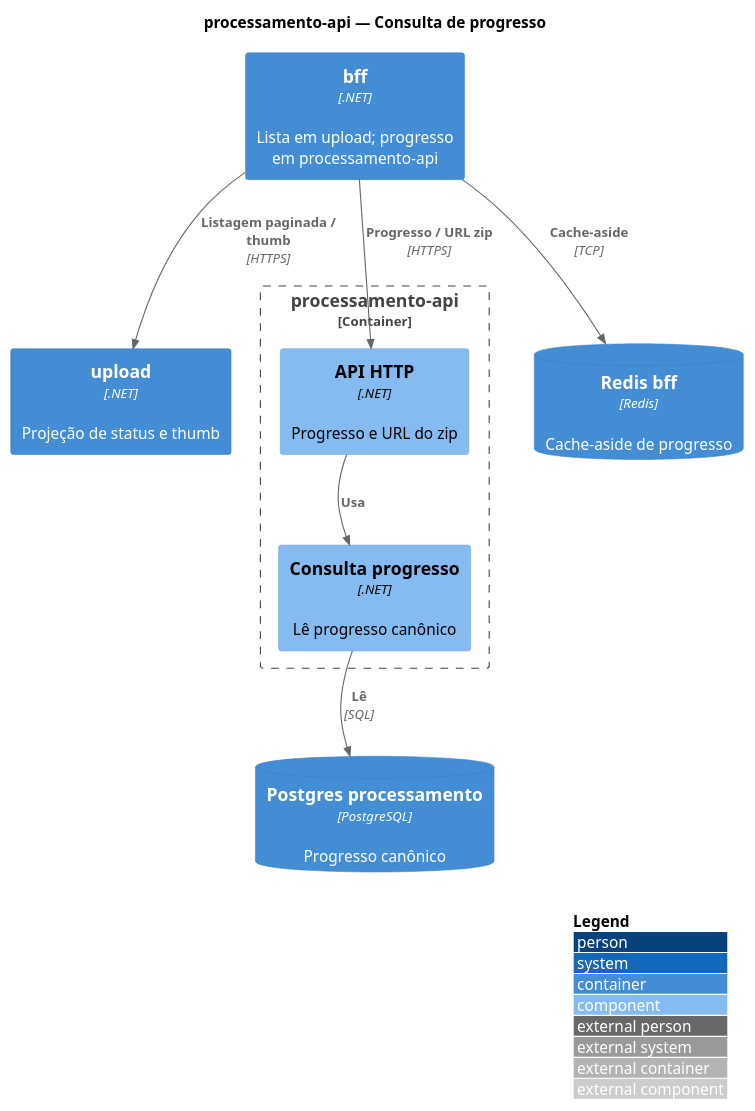
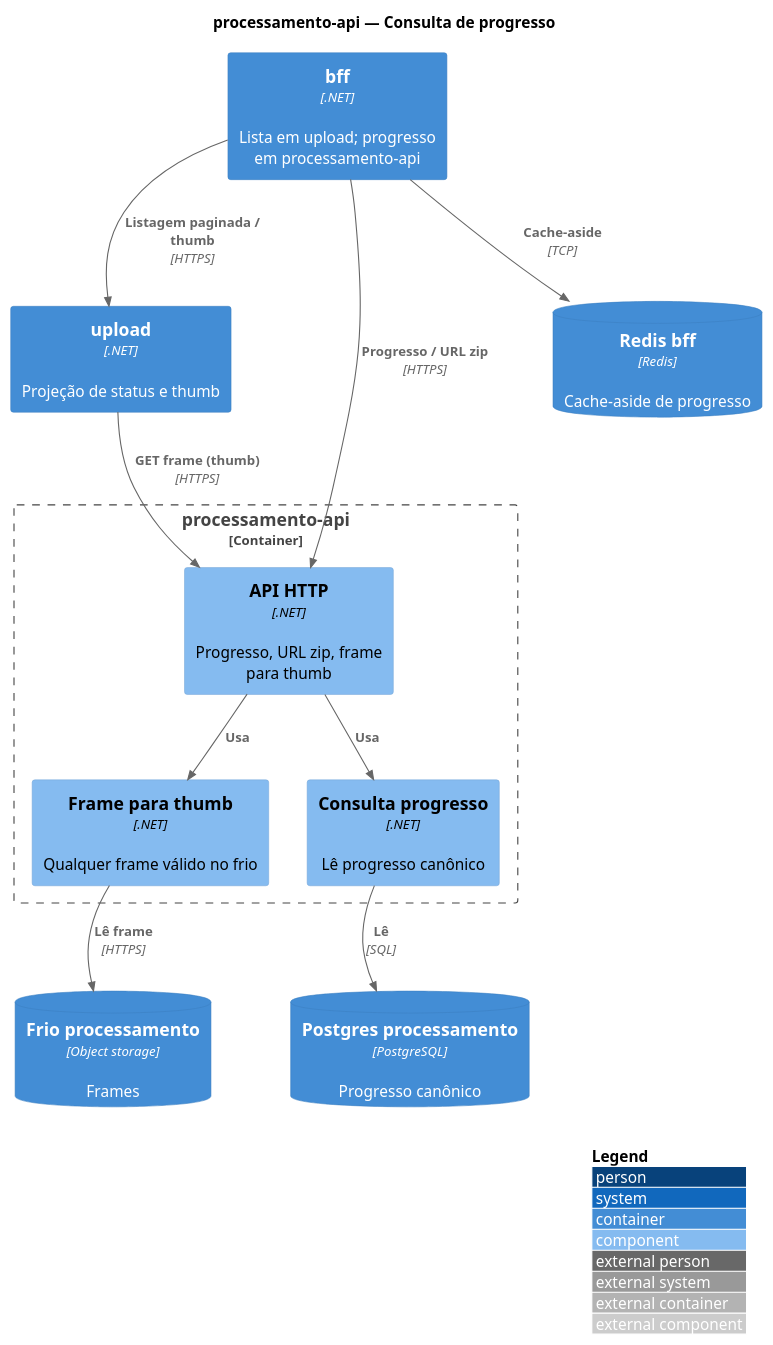
The diagram in arquitetura/07_componentes-processamento-consulta.puml (fiap-x-vcosta/docs), drawn with PlantUML before and after one commit. The commit also changed 18 other files, not shown here.

First line of the commit message:
docs: Parte 7 — ADRs storage, progresso, checkpoint e SendGrid (#7)

```diff
--- a/arquitetura/07_componentes-processamento-consulta.puml
+++ b/arquitetura/07_componentes-processamento-consulta.puml
@@ -1,31 +1,39 @@
 @startuml 07_componentes-processamento-consulta
 !include https://raw.githubusercontent.com/plantuml-stdlib/C4-PlantUML/master/C4_Component.puml
 
 LAYOUT_WITH_LEGEND()
 LAYOUT_TOP_DOWN()
 
 title processamento-api — Consulta de progresso
 
 Container(bff, "bff", ".NET", "Lista em upload; progresso em processamento-api")
 Container(upload, "upload", ".NET", "Projeção de status e thumb")
 ContainerDb(redis, "Redis bff", "Redis", "Cache-aside de progresso")
 ContainerDb(pgProc, "Postgres processamento", "PostgreSQL", "Progresso canônico")
 
 Container_Boundary(procApi, "processamento-api") {
-  Component(apiHttp, "API HTTP", ".NET", "Progresso e URL do zip")
+  Component(apiHttp, "API HTTP", ".NET", "Progresso, URL zip, frame para thumb")
   Component(consulta, "Consulta progresso", ".NET", "Lê progresso canônico")
+  Component(frameThumb, "Frame para thumb", ".NET", "Qualquer frame válido no frio")
 }
+
+ContainerDb(frioProc, "Frio processamento", "Object storage", "Frames")
 
 Rel(bff, upload, "Listagem paginada / thumb", "HTTPS")
 Rel(bff, redis, "Cache-aside", "TCP")
 Rel(bff, apiHttp, "Progresso / URL zip", "HTTPS")
+Rel(upload, apiHttp, "GET frame (thumb)", "HTTPS")
 Rel(apiHttp, consulta, "Usa")
+Rel(apiHttp, frameThumb, "Usa")
 Rel(consulta, pgProc, "Lê", "SQL")
+Rel(frameThumb, frioProc, "Lê frame", "HTTPS")
 
 Lay_D(bff, redis)
 Lay_R(bff, upload)
 Lay_R(bff, apiHttp)
 Lay_D(apiHttp, consulta)
 Lay_D(consulta, pgProc)
+Lay_R(apiHttp, frameThumb)
+Lay_D(frameThumb, frioProc)
 
 @enduml
```
